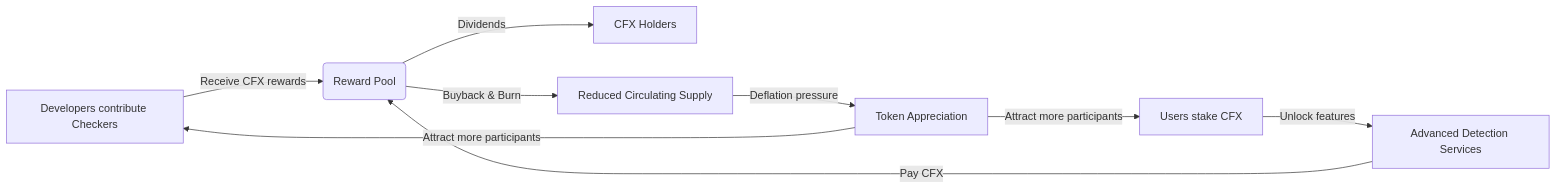
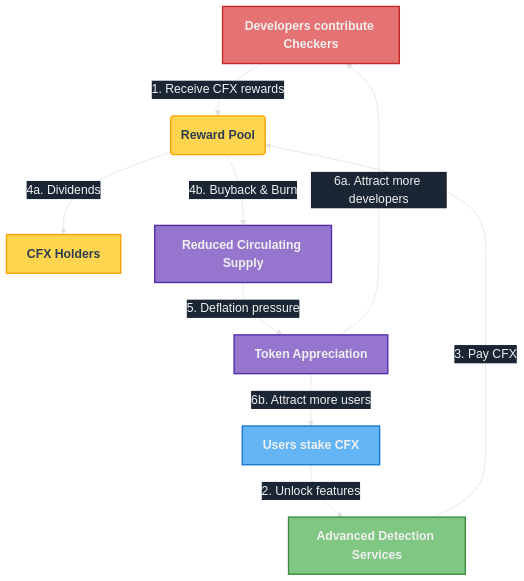
Before and after one commit to Chain-Fox/white-paper: the first of 2 diagrams in chapters/04-tokenomics.md, drawn with Mermaid. The commit also changed other lines of this file and 3 other files, not shown here.

````diff
--- a/chapters/04-tokenomics.md
+++ b/chapters/04-tokenomics.md
@@ -26,10 +26,42 @@
 ```mermaid
-graph LR
-    A[Developers contribute Checkers] -->|Receive CFX rewards| B(Reward Pool)
-    C[Users stake CFX] -->|Unlock features| D[Advanced Detection Services]
-    D -->|Pay CFX| B
-    B -->|Dividends| E[CFX Holders]
-    B -->|Buyback & Burn| F[Reduced Circulating Supply]
-    F -->|Deflation pressure| G[Token Appreciation]
-    G -->|Attract more participants| A & C
+%%{init: {
+  'theme': 'base',
+  'themeVariables': {
+    'primaryColor': '#4A90E2',
+    'primaryTextColor': '#F0F0F0',
+    'primaryBorderColor': '#2C3E50',
+    'lineColor': '#E0E0E0',
+    'secondaryColor': '#F5F5F5',
+    'tertiaryColor': '#F5F5F5',
+    'fontFamily': 'Arial, sans-serif',
+    'fontSize': '18px',
+    'nodeBorder': '#2C3E50',
+    'mainBkg': '#4A90E2',
+    'clusterBkg': '#F5F5F5',
+    'edgeLabelBackground': '#1A2634',
+    'nodeTextColor': '#F0F0F0',
+    'backgroundColor': '#1A2634'
+  }
+}}%%
+flowchart TB
+    A[Developers contribute Checkers] -->|1. Receive CFX rewards| B(Reward Pool)
+    C[Users stake CFX] -->|2. Unlock features| D[Advanced Detection Services]
+    D -->|3. Pay CFX| B
+    B -->|4a. Dividends| E[CFX Holders]
+    B -->|4b. Buyback & Burn| F[Reduced Circulating Supply]
+    F -->|5. Deflation pressure| G[Token Appreciation]
+    G -->|6a. Attract more developers| A
+    G -->|6b. Attract more users| C
+
+    classDef developers fill:#E57373,stroke:#C62828,stroke-width:2px,color:#F0F0F0,font-weight:bold;
+    classDef users fill:#64B5F6,stroke:#1976D2,stroke-width:2px,color:#F0F0F0,font-weight:bold;
+    classDef services fill:#81C784,stroke:#388E3C,stroke-width:2px,color:#F0F0F0,font-weight:bold;
+    classDef rewards fill:#FFD54F,stroke:#FFA000,stroke-width:2px,color:#2C3E50,font-weight:bold;
+    classDef tokenomics fill:#9575CD,stroke:#512DA8,stroke-width:2px,color:#F0F0F0,font-weight:bold;
+
+    class A developers;
+    class B,E rewards;
+    class C users;
+    class D services;
+    class F,G tokenomics;
 ```
````
